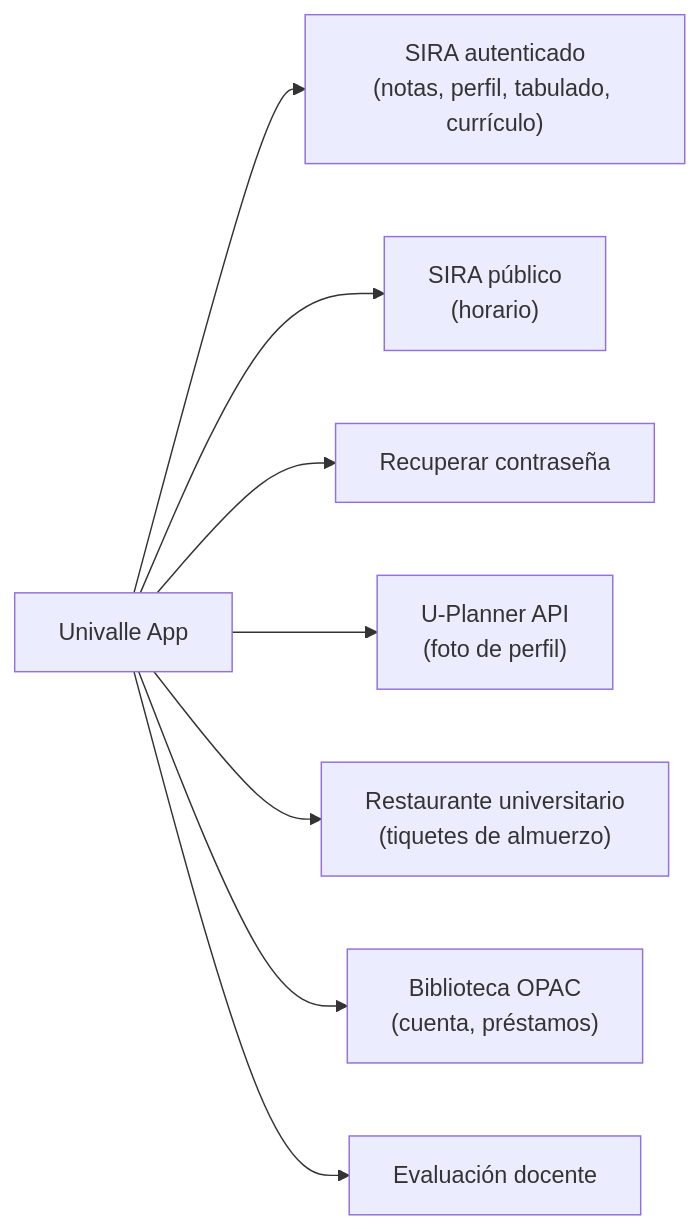
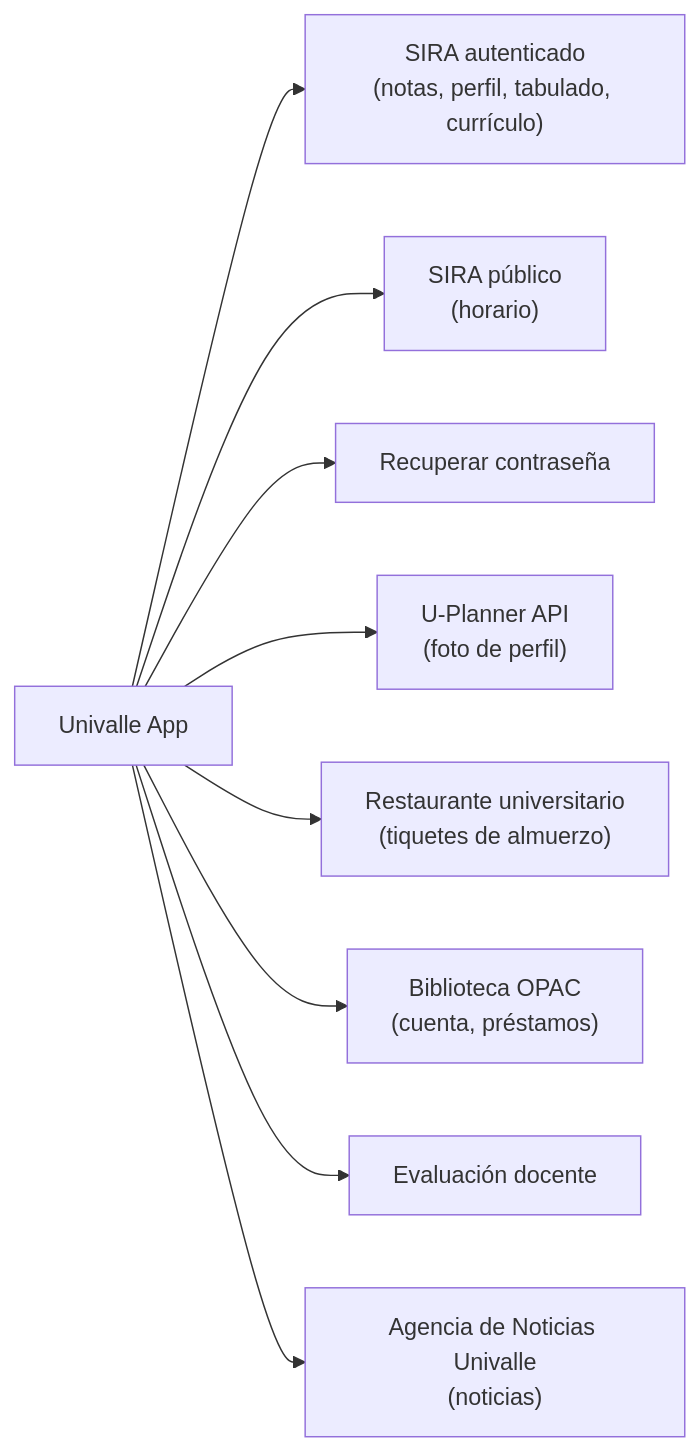
One commit to code3743/univalle_app changed the second of 3 diagrams in README.md. Above: the diagram before and after it, drawn with Mermaid. The commit also changed other lines of this file and 18 other files, not shown here.

````diff
--- a/README.md
+++ b/README.md
@@ -93,19 +94,21 @@
 ```mermaid
 flowchart LR
     App["Univalle App"]
     SIRA["SIRA autenticado<br/>(notas, perfil, tabulado, currículo)"]
     SIRA1["SIRA público<br/>(horario)"]
     PWD["Recuperar contraseña"]
     UP["U-Planner API<br/>(foto de perfil)"]
     REST["Restaurante universitario<br/>(tiquetes de almuerzo)"]
     LIB["Biblioteca OPAC<br/>(cuenta, préstamos)"]
     EVAL["Evaluación docente"]
+    NEWS["Agencia de Noticias Univalle<br/>(noticias)"]
 
     App --> SIRA
     App --> SIRA1
     App --> PWD
     App --> UP
     App --> REST
     App --> LIB
     App --> EVAL
+    App --> NEWS
 ```
````
